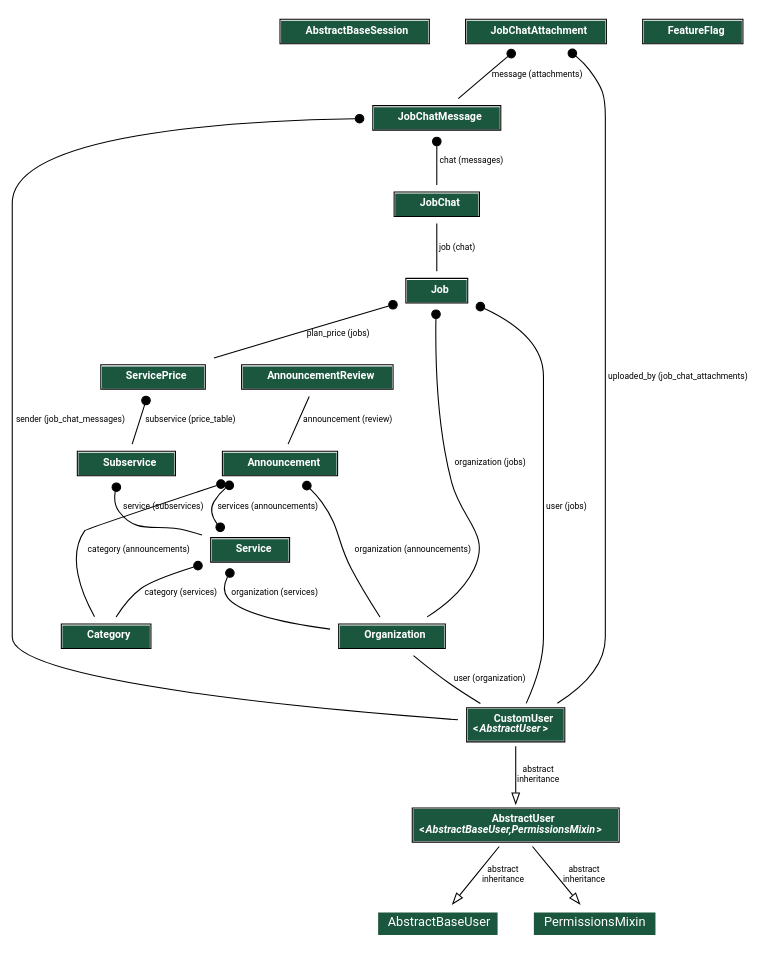
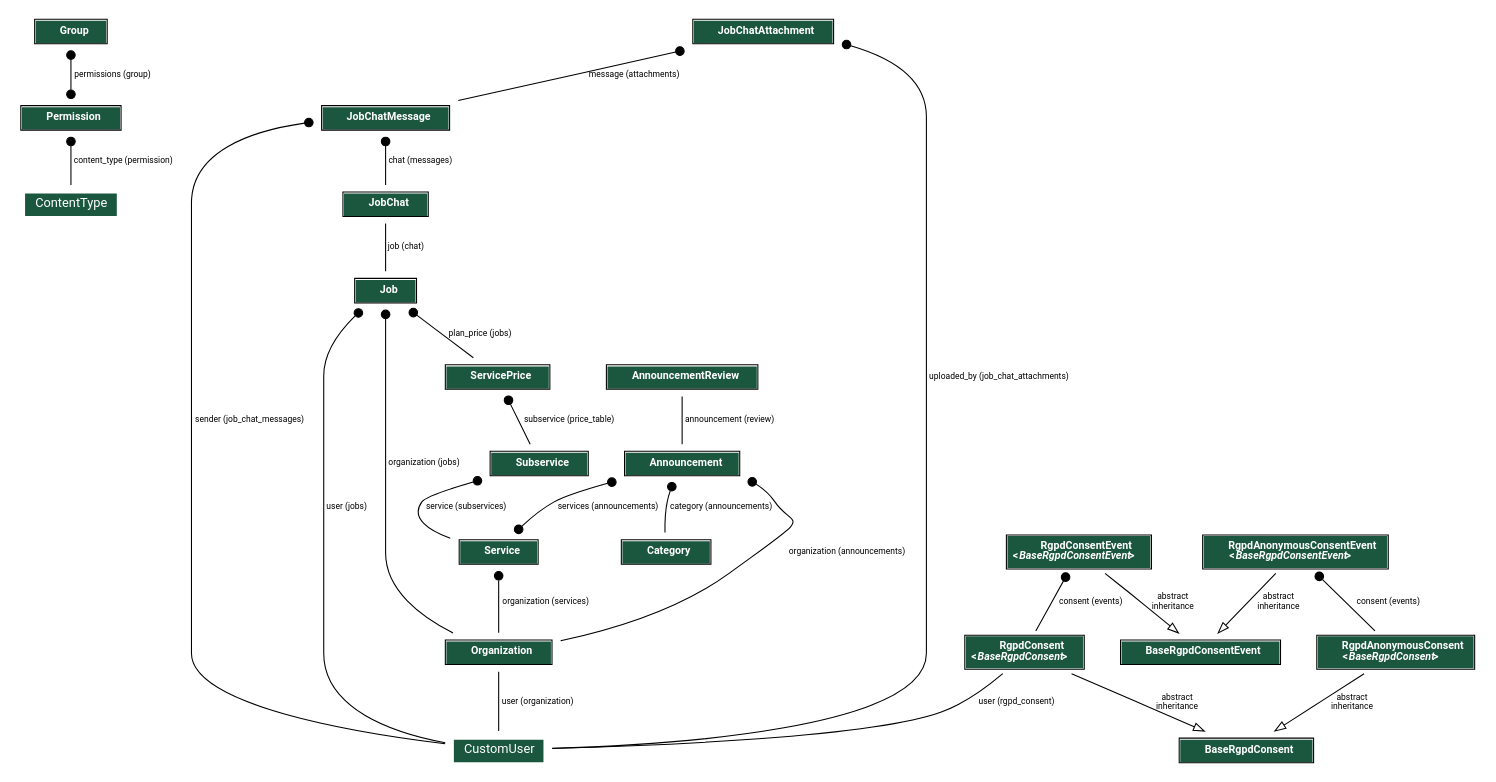
One commit to pinchiguillo/bravo-adapted changed the diagram in docs/db/database_schema.dot. Above: the diagram before and after it, drawn with Graphviz. The commit also changed 32 other files, not shown here.

First line of the commit message:
feat: Introduce OrganizationJob model and refactor related services

```diff
--- a/docs/db/database_schema.dot
+++ b/docs/db/database_schema.dot
@@ -1,7 +1,7 @@
 digraph model_graph {
   // Dotfile by Django-Extensions graph_models
-  // Created: 2026-03-18 11:47
-  // Cli Options: --all-applications --disable-fields --exclude-models LogEntry,Permission,Group,ContentType,Session -o docs/db/database_schema.dot
+  // Created: 2026-03-17 23:46
+  // Cli Options: auth organization jobs job_chat management rgpd --disable-fields -o docs/db/database_schema.dot
 
   fontname = "Roboto"
   fontsize = 8
@@ -23,34 +23,21 @@
   // Labels
 
 
-  django_contrib_sessions_base_session_AbstractBaseSession [label=<
+  django_contrib_auth_models_Permission [label=<
     <TABLE BGCOLOR="white" BORDER="1" CELLBORDER="0" CELLSPACING="0">
     <TR><TD COLSPAN="2" CELLPADDING="5" ALIGN="CENTER" BGCOLOR="#1b563f">
     <FONT FACE="Roboto" COLOR="white" POINT-SIZE="10"><B>
-    AbstractBaseSession
+    Permission
     </B></FONT></TD></TR>
   
     </TABLE>
     >]
 
-
-
-
-  django_contrib_auth_models_AbstractUser [label=<
+  django_contrib_auth_models_Group [label=<
     <TABLE BGCOLOR="white" BORDER="1" CELLBORDER="0" CELLSPACING="0">
     <TR><TD COLSPAN="2" CELLPADDING="5" ALIGN="CENTER" BGCOLOR="#1b563f">
     <FONT FACE="Roboto" COLOR="white" POINT-SIZE="10"><B>
-    AbstractUser<BR/>&lt;<FONT FACE="Roboto"><I>AbstractBaseUser,PermissionsMixin</I></FONT>&gt;
-    </B></FONT></TD></TR>
-  
-    </TABLE>
-    >]
-
-  auth_models_CustomUser [label=<
-    <TABLE BGCOLOR="white" BORDER="1" CELLBORDER="0" CELLSPACING="0">
-    <TR><TD COLSPAN="2" CELLPADDING="5" ALIGN="CENTER" BGCOLOR="#1b563f">
-    <FONT FACE="Roboto" COLOR="white" POINT-SIZE="10"><B>
-    CustomUser<BR/>&lt;<FONT FACE="Roboto"><I>AbstractUser</I></FONT>&gt;
+    Group
     </B></FONT></TD></TR>
   
     </TABLE>
@@ -178,11 +165,61 @@
 
 
 
-  management_models_FeatureFlag [label=<
+  rgpd_models_BaseRgpdConsentEvent [label=<
     <TABLE BGCOLOR="white" BORDER="1" CELLBORDER="0" CELLSPACING="0">
     <TR><TD COLSPAN="2" CELLPADDING="5" ALIGN="CENTER" BGCOLOR="#1b563f">
     <FONT FACE="Roboto" COLOR="white" POINT-SIZE="10"><B>
-    FeatureFlag
+    BaseRgpdConsentEvent
+    </B></FONT></TD></TR>
+  
+    </TABLE>
+    >]
+
+  rgpd_models_BaseRgpdConsent [label=<
+    <TABLE BGCOLOR="white" BORDER="1" CELLBORDER="0" CELLSPACING="0">
+    <TR><TD COLSPAN="2" CELLPADDING="5" ALIGN="CENTER" BGCOLOR="#1b563f">
+    <FONT FACE="Roboto" COLOR="white" POINT-SIZE="10"><B>
+    BaseRgpdConsent
+    </B></FONT></TD></TR>
+  
+    </TABLE>
+    >]
+
+  rgpd_models_RgpdConsent [label=<
+    <TABLE BGCOLOR="white" BORDER="1" CELLBORDER="0" CELLSPACING="0">
+    <TR><TD COLSPAN="2" CELLPADDING="5" ALIGN="CENTER" BGCOLOR="#1b563f">
+    <FONT FACE="Roboto" COLOR="white" POINT-SIZE="10"><B>
+    RgpdConsent<BR/>&lt;<FONT FACE="Roboto"><I>BaseRgpdConsent</I></FONT>&gt;
+    </B></FONT></TD></TR>
+  
+    </TABLE>
+    >]
+
+  rgpd_models_RgpdAnonymousConsent [label=<
+    <TABLE BGCOLOR="white" BORDER="1" CELLBORDER="0" CELLSPACING="0">
+    <TR><TD COLSPAN="2" CELLPADDING="5" ALIGN="CENTER" BGCOLOR="#1b563f">
+    <FONT FACE="Roboto" COLOR="white" POINT-SIZE="10"><B>
+    RgpdAnonymousConsent<BR/>&lt;<FONT FACE="Roboto"><I>BaseRgpdConsent</I></FONT>&gt;
+    </B></FONT></TD></TR>
+  
+    </TABLE>
+    >]
+
+  rgpd_models_RgpdConsentEvent [label=<
+    <TABLE BGCOLOR="white" BORDER="1" CELLBORDER="0" CELLSPACING="0">
+    <TR><TD COLSPAN="2" CELLPADDING="5" ALIGN="CENTER" BGCOLOR="#1b563f">
+    <FONT FACE="Roboto" COLOR="white" POINT-SIZE="10"><B>
+    RgpdConsentEvent<BR/>&lt;<FONT FACE="Roboto"><I>BaseRgpdConsentEvent</I></FONT>&gt;
+    </B></FONT></TD></TR>
+  
+    </TABLE>
+    >]
+
+  rgpd_models_RgpdAnonymousConsentEvent [label=<
+    <TABLE BGCOLOR="white" BORDER="1" CELLBORDER="0" CELLSPACING="0">
+    <TR><TD COLSPAN="2" CELLPADDING="5" ALIGN="CENTER" BGCOLOR="#1b563f">
+    <FONT FACE="Roboto" COLOR="white" POINT-SIZE="10"><B>
+    RgpdAnonymousConsentEvent<BR/>&lt;<FONT FACE="Roboto"><I>BaseRgpdConsentEvent</I></FONT>&gt;
     </B></FONT></TD></TR>
   
     </TABLE>
@@ -192,38 +229,31 @@
 
 
   // Relations
-
-  django_contrib_auth_base_user_AbstractBaseUser [label=<
+  django_contrib_contenttypes_models_ContentType [label=<
   <TABLE BGCOLOR="white" BORDER="0" CELLBORDER="0" CELLSPACING="0">
   <TR><TD COLSPAN="2" CELLPADDING="4" ALIGN="CENTER" BGCOLOR="#1b563f">
-  <FONT FACE="Roboto" POINT-SIZE="12" COLOR="white">AbstractBaseUser</FONT>
+  <FONT FACE="Roboto" POINT-SIZE="12" COLOR="white">ContentType</FONT>
   </TD></TR>
   </TABLE>
   >]
-  django_contrib_auth_models_AbstractUser -> django_contrib_auth_base_user_AbstractBaseUser
-  [label=" abstract\ninheritance"] [arrowhead=empty, arrowtail=none, dir=both];
-  django_contrib_auth_models_PermissionsMixin [label=<
+  django_contrib_auth_models_Permission -> django_contrib_contenttypes_models_ContentType
+  [label=" content_type (permission)"] [arrowhead=none, arrowtail=dot, dir=both];
+
+  django_contrib_auth_models_Group -> django_contrib_auth_models_Permission
+  [label=" permissions (group)"] [arrowhead=dot arrowtail=dot, dir=both];
+
+  auth_models_CustomUser [label=<
   <TABLE BGCOLOR="white" BORDER="0" CELLBORDER="0" CELLSPACING="0">
   <TR><TD COLSPAN="2" CELLPADDING="4" ALIGN="CENTER" BGCOLOR="#1b563f">
-  <FONT FACE="Roboto" POINT-SIZE="12" COLOR="white">PermissionsMixin</FONT>
+  <FONT FACE="Roboto" POINT-SIZE="12" COLOR="white">CustomUser</FONT>
   </TD></TR>
   </TABLE>
   >]
-  django_contrib_auth_models_AbstractUser -> django_contrib_auth_models_PermissionsMixin
-  [label=" abstract\ninheritance"] [arrowhead=empty, arrowtail=none, dir=both];
-
-  auth_models_CustomUser -> django_contrib_auth_models_AbstractUser
-  [label=" abstract\ninheritance"] [arrowhead=empty, arrowtail=none, dir=both];
-
-
   organization_models_Organization -> auth_models_CustomUser
   [label=" user (organization)"] [arrowhead=none, arrowtail=none, dir=both];
 
   organization_models_Service -> organization_models_Organization
   [label=" organization (services)"] [arrowhead=none, arrowtail=dot, dir=both];
-
-  organization_models_Service -> organization_models_Category
-  [label=" category (services)"] [arrowhead=none, arrowtail=dot, dir=both];
 
   organization_models_Subservice -> organization_models_Service
   [label=" service (subservices)"] [arrowhead=none, arrowtail=dot, dir=both];
@@ -243,7 +273,13 @@
   organization_models_AnnouncementReview -> organization_models_Announcement
   [label=" announcement (review)"] [arrowhead=none, arrowtail=none, dir=both];
 
-
+  auth_models_CustomUser [label=<
+  <TABLE BGCOLOR="white" BORDER="0" CELLBORDER="0" CELLSPACING="0">
+  <TR><TD COLSPAN="2" CELLPADDING="4" ALIGN="CENTER" BGCOLOR="#1b563f">
+  <FONT FACE="Roboto" POINT-SIZE="12" COLOR="white">CustomUser</FONT>
+  </TD></TR>
+  </TABLE>
+  >]
   jobs_models_Job -> auth_models_CustomUser
   [label=" user (jobs)"] [arrowhead=none, arrowtail=dot, dir=both];
 
@@ -259,16 +295,55 @@
 
   job_chat_models_JobChatMessage -> job_chat_models_JobChat
   [label=" chat (messages)"] [arrowhead=none, arrowtail=dot, dir=both];
-
+  auth_models_CustomUser [label=<
+  <TABLE BGCOLOR="white" BORDER="0" CELLBORDER="0" CELLSPACING="0">
+  <TR><TD COLSPAN="2" CELLPADDING="4" ALIGN="CENTER" BGCOLOR="#1b563f">
+  <FONT FACE="Roboto" POINT-SIZE="12" COLOR="white">CustomUser</FONT>
+  </TD></TR>
+  </TABLE>
+  >]
   job_chat_models_JobChatMessage -> auth_models_CustomUser
   [label=" sender (job_chat_messages)"] [arrowhead=none, arrowtail=dot, dir=both];
 
   job_chat_models_JobChatAttachment -> job_chat_models_JobChatMessage
   [label=" message (attachments)"] [arrowhead=none, arrowtail=dot, dir=both];
-
+  auth_models_CustomUser [label=<
+  <TABLE BGCOLOR="white" BORDER="0" CELLBORDER="0" CELLSPACING="0">
+  <TR><TD COLSPAN="2" CELLPADDING="4" ALIGN="CENTER" BGCOLOR="#1b563f">
+  <FONT FACE="Roboto" POINT-SIZE="12" COLOR="white">CustomUser</FONT>
+  </TD></TR>
+  </TABLE>
+  >]
   job_chat_models_JobChatAttachment -> auth_models_CustomUser
   [label=" uploaded_by (job_chat_attachments)"] [arrowhead=none, arrowtail=dot, dir=both];
 
+  auth_models_CustomUser [label=<
+  <TABLE BGCOLOR="white" BORDER="0" CELLBORDER="0" CELLSPACING="0">
+  <TR><TD COLSPAN="2" CELLPADDING="4" ALIGN="CENTER" BGCOLOR="#1b563f">
+  <FONT FACE="Roboto" POINT-SIZE="12" COLOR="white">CustomUser</FONT>
+  </TD></TR>
+  </TABLE>
+  >]
+  rgpd_models_RgpdConsent -> auth_models_CustomUser
+  [label=" user (rgpd_consent)"] [arrowhead=none, arrowtail=none, dir=both];
+
+  rgpd_models_RgpdConsent -> rgpd_models_BaseRgpdConsent
+  [label=" abstract\ninheritance"] [arrowhead=empty, arrowtail=none, dir=both];
+
+  rgpd_models_RgpdAnonymousConsent -> rgpd_models_BaseRgpdConsent
+  [label=" abstract\ninheritance"] [arrowhead=empty, arrowtail=none, dir=both];
+
+  rgpd_models_RgpdConsentEvent -> rgpd_models_RgpdConsent
+  [label=" consent (events)"] [arrowhead=none, arrowtail=dot, dir=both];
+
+  rgpd_models_RgpdConsentEvent -> rgpd_models_BaseRgpdConsentEvent
+  [label=" abstract\ninheritance"] [arrowhead=empty, arrowtail=none, dir=both];
+
+  rgpd_models_RgpdAnonymousConsentEvent -> rgpd_models_RgpdAnonymousConsent
+  [label=" consent (events)"] [arrowhead=none, arrowtail=dot, dir=both];
+
+  rgpd_models_RgpdAnonymousConsentEvent -> rgpd_models_BaseRgpdConsentEvent
+  [label=" abstract\ninheritance"] [arrowhead=empty, arrowtail=none, dir=both];
 
 
 }
```
